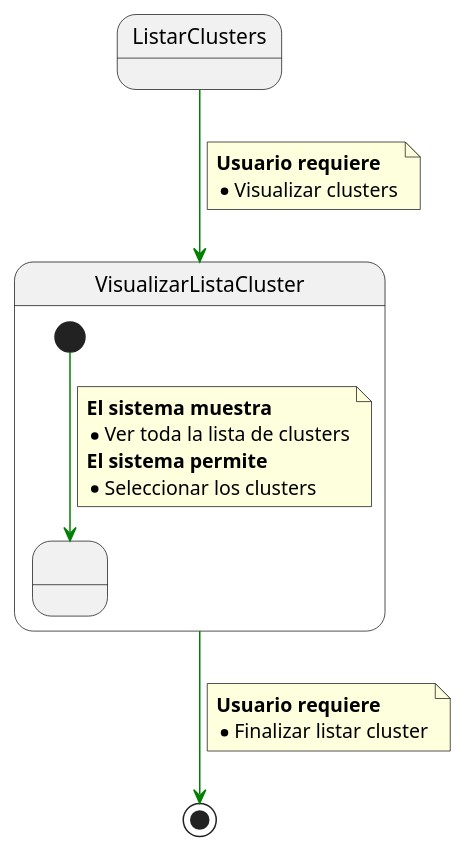
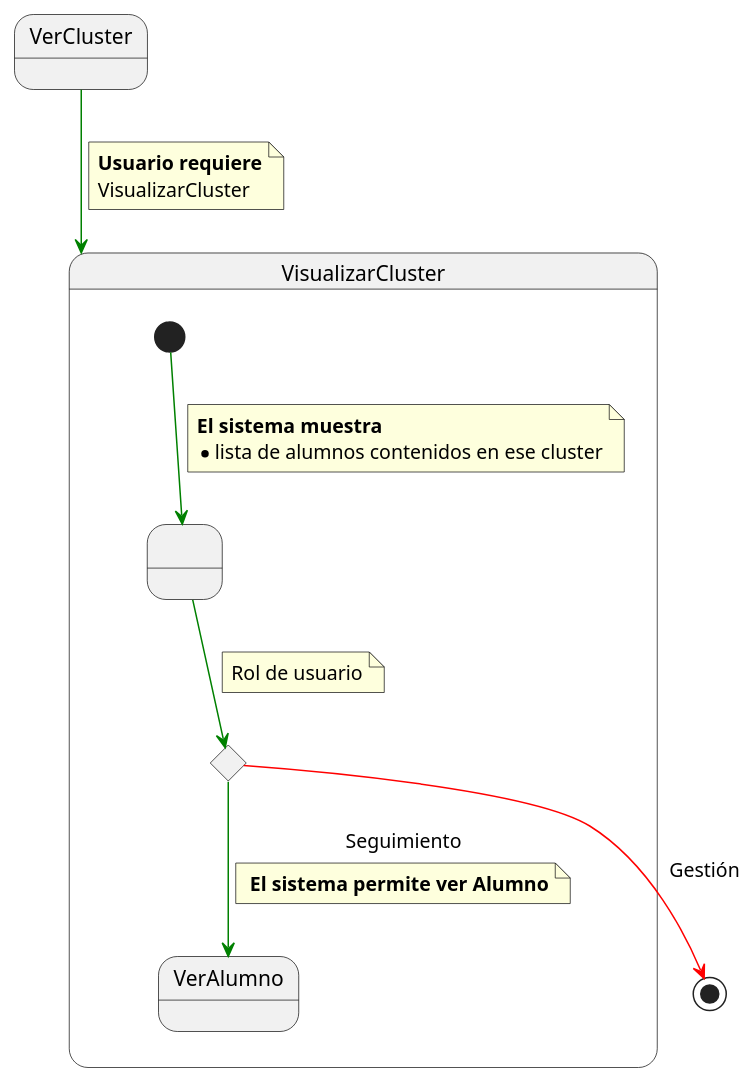
One commit to mmasias/IdSw1-22-23 changed the diagram in 000-entregas/Grupo1/DetalleCasosDeUso/ListarClusters.puml. Above: the diagram before and after it, drawn with PlantUML. The commit also changed 13 other files, not shown here.

```diff
--- a/000-entregas/Grupo1/DetalleCasosDeUso/ListarClusters.puml
+++ b/000-entregas/Grupo1/DetalleCasosDeUso/ListarClusters.puml
@@ -1,34 +1,41 @@
-@startuml ListarClusters
+@startuml VerCluster
 
-State ListarClusters
+State VerCluster 
 
-State VisualizarListaCluster{
+State VisualizarCluster{ 
 
-  state state1 as " " 
+  State state1 as " "
+
+  state c <<choice>>
 
   [*] -[#green]-> state1
 
   note on link 
-      <b>El sistema muestra
-      * Ver toda la lista de clusters
-      <b>El sistema permite 
-      * Seleccionar los clusters
+    <b>El sistema muestra
+    * lista de alumnos contenidos en ese cluster
   end note
 
-}
+  state1 -[#green]-> c 
 
+  note on link 
+    Rol de usuario
+  end note
 
-ListarClusters -[#green]-> VisualizarListaCluster 
+  c -[#green]-> VerAlumno : Seguimiento
+
+  note on link 
+    <b> El sistema permite ver Alumno
+  end note
+} 
+
+VerCluster -[#green]-> VisualizarCluster
+
 note on link
-   <b>Usuario requiere 
-   * Visualizar clusters
+ <b>Usuario requiere
+ VisualizarCluster
 end note
 
-VisualizarListaCluster -[#green]-> [*]
-note on link 
-  <b>Usuario requiere 
-  * Finalizar listar cluster
-end note
+c -[#red]-> [*] : Gestión
 
 
 @enduml
```
